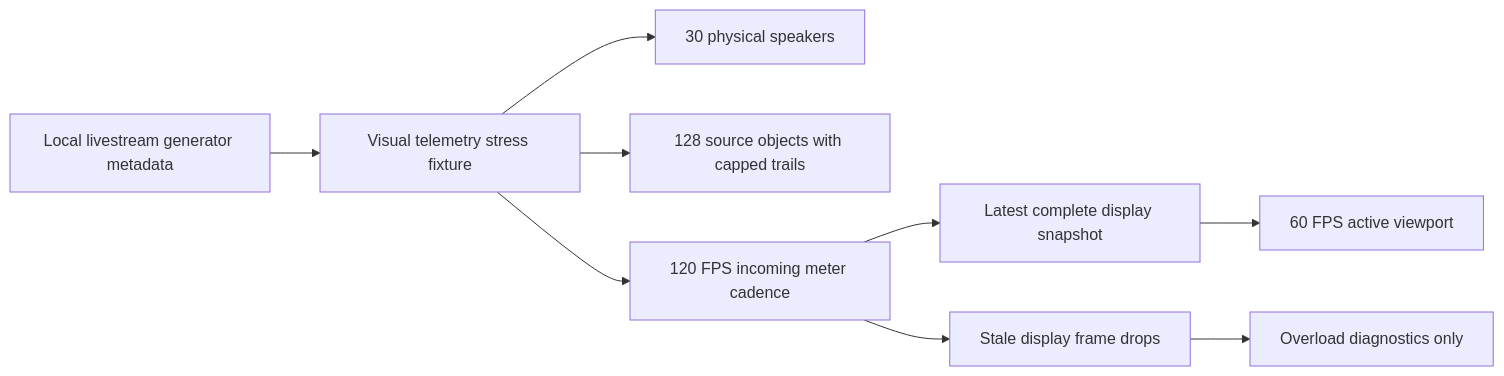
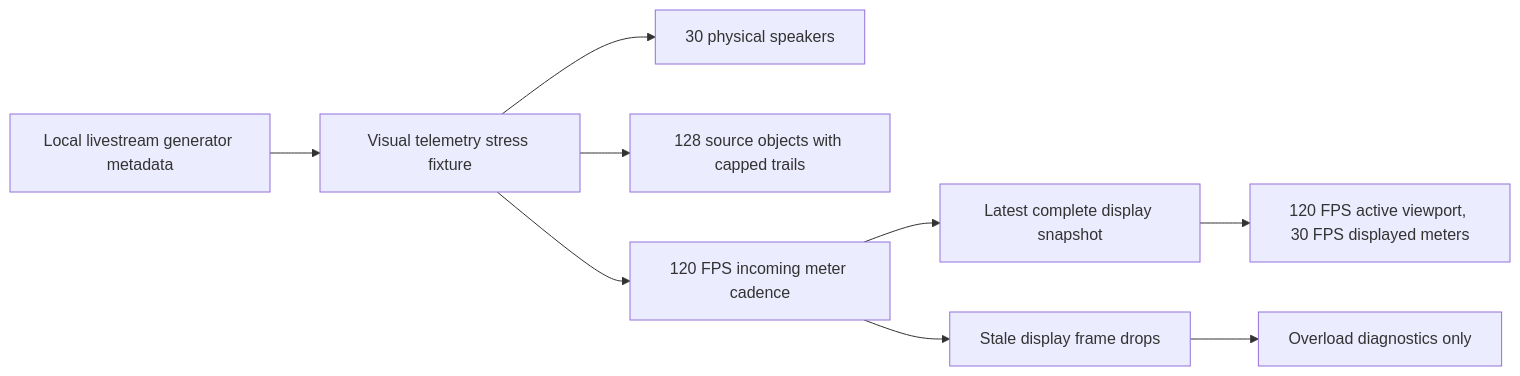
The ninth of 20 diagrams in docs/system-flows.md (jebagu/orbital-view), drawn with Mermaid before and after one commit. The commit also changed 15 other files, not shown here.

Commit message:
Add graphics performance cadence diagnostics

````diff
--- a/docs/system-flows.md
+++ b/docs/system-flows.md
@@ -118,11 +118,11 @@
 ```mermaid
 flowchart LR
   Generator["Local livestream generator metadata"] --> Stress["Visual telemetry stress fixture"]
   Stress --> Speakers["30 physical speakers"]
   Stress --> Objects["128 source objects with capped trails"]
   Stress --> Meters["120 FPS incoming meter cadence"]
   Meters --> Latest["Latest complete display snapshot"]
-  Latest --> Viewport["60 FPS active viewport"]
+  Latest --> Viewport["120 FPS active viewport, 30 FPS displayed meters"]
   Meters --> Drops["Stale display frame drops"]
   Drops --> Diagnostics["Overload diagnostics only"]
 ```
````
